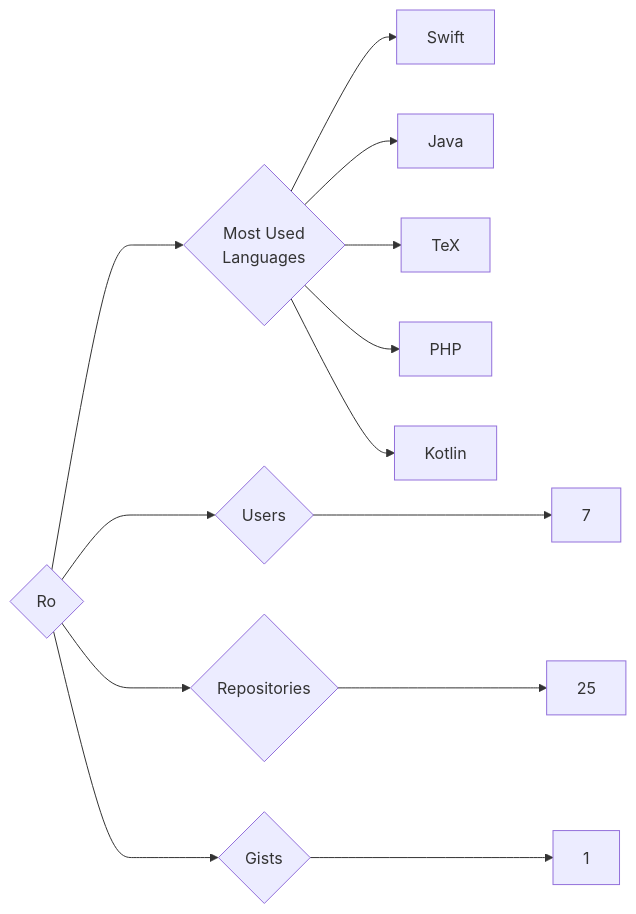
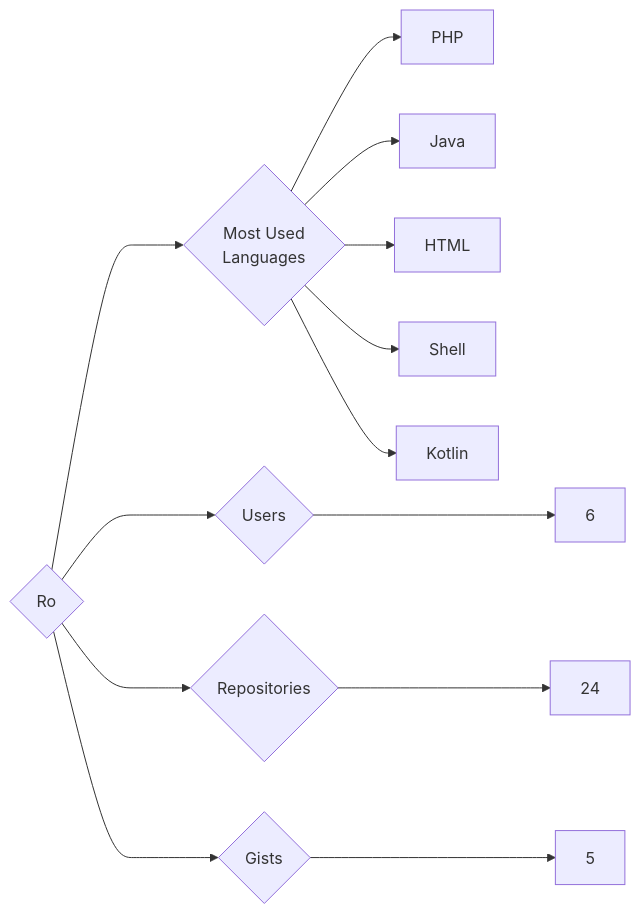
The diagram in targets/Ro/README.md (trickest/insiders), drawn with Mermaid before and after one commit. The commit also changed 1484 other files, not shown here.

````diff
--- a/targets/Ro/README.md
+++ b/targets/Ro/README.md
@@ -3,13 +3,13 @@
 ```mermaid
 graph LR
 COMPANY_NAME{Ro}
-COMPANY_NAME ---> U{Users} ---> UN[7]
-COMPANY_NAME ---> R{Repositories} ---> RN[25]
-COMPANY_NAME ---> G{Gists} ---> GN[1]
+COMPANY_NAME ---> U{Users} ---> UN[6]
+COMPANY_NAME ---> R{Repositories} ---> RN[24]
+COMPANY_NAME ---> G{Gists} ---> GN[5]
 COMPANY_NAME ---> ML{Most Used<br>Languages}
-ML --> Swift[Swift]
+ML --> PHP[PHP]
 ML --> Java[Java]
-ML --> TeX[TeX]
-ML --> PHP[PHP]
+ML --> HTML[HTML]
+ML --> Shell[Shell]
 ML --> Kotlin[Kotlin]
 ```
````
